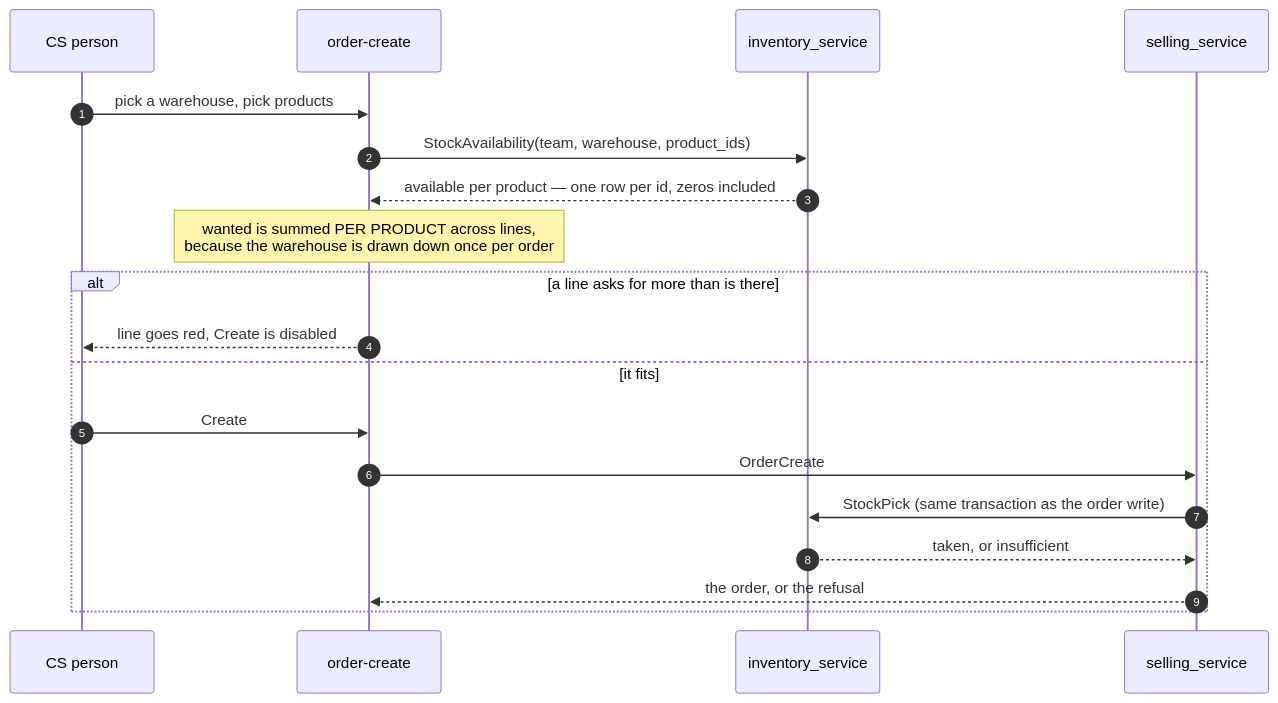
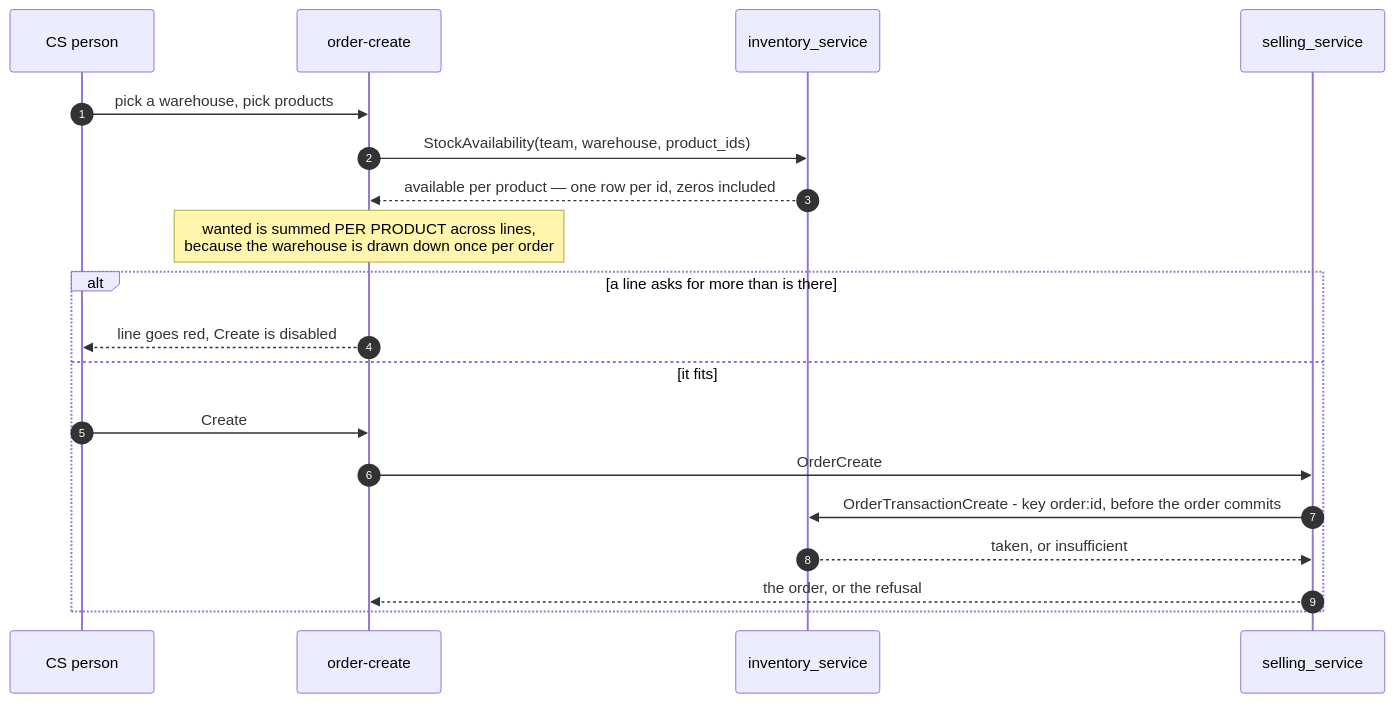
Before and after one commit to pdcgo/warehouse_revamp: the third of 9 diagrams in docs/services/selling_service/rpc.md, drawn with Mermaid. The commit also changed other lines of this file and 313 other files, not shown here.

````diff
--- a/docs/services/selling_service/rpc.md
+++ b/docs/services/selling_service/rpc.md
@@ -135,22 +135,22 @@
 ```mermaid
 sequenceDiagram
     autonumber
     participant CS as CS person
     participant UI as order-create
     participant INV as inventory_service
     participant SELL as selling_service
 
     CS->>UI: pick a warehouse, pick products
     UI->>INV: StockAvailability(team, warehouse, product_ids)
     INV-->>UI: available per product — one row per id, zeros included
     Note over UI: wanted is summed PER PRODUCT across lines,<br/>because the warehouse is drawn down once per order
     alt a line asks for more than is there
         UI-->>CS: line goes red, Create is disabled
     else it fits
         CS->>UI: Create
         UI->>SELL: OrderCreate
-        SELL->>INV: StockPick (same transaction as the order write)
+        SELL->>INV: OrderTransactionCreate - key order:id, before the order commits
         INV-->>SELL: taken, or insufficient
         SELL-->>UI: the order, or the refusal
     end
 ```
````
